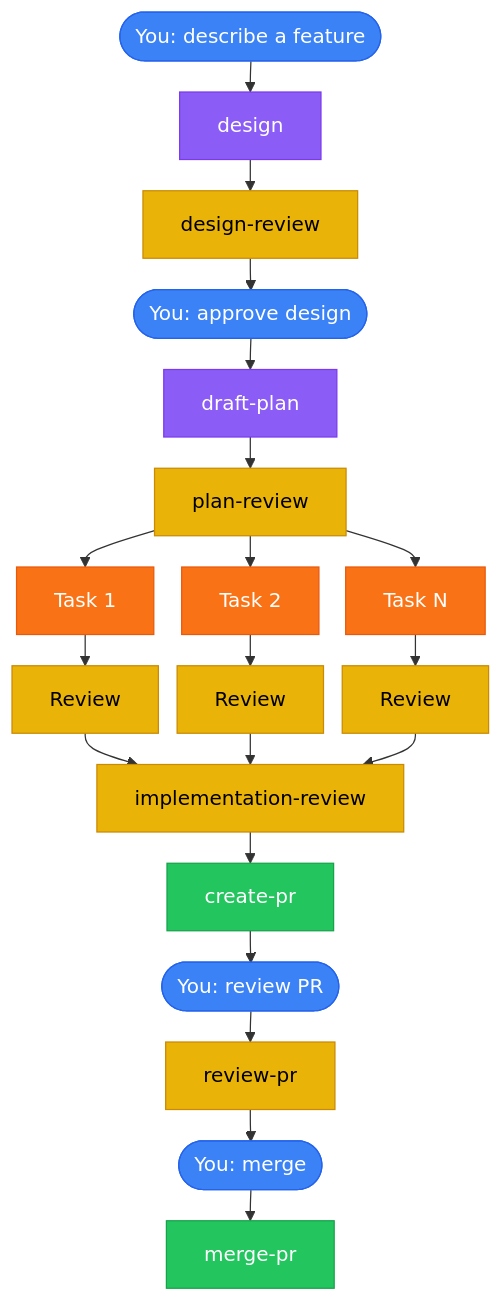
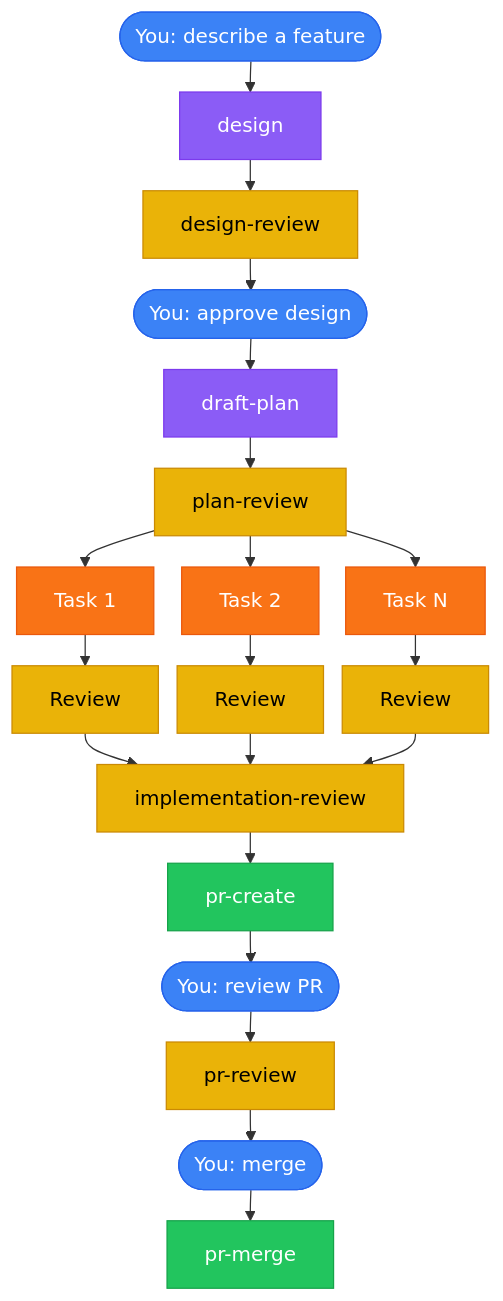
One commit to nikhilsitaram/claude-caliper changed the diagram in README.md. Above: the diagram before and after it, drawn with Mermaid. The commit also changed other lines of this file and 3 other files, not shown here.

````diff
--- a/README.md
+++ b/README.md
@@ -62,43 +62,43 @@
 ```mermaid
 %%{init: {'flowchart': {'nodeSpacing': 15, 'rankSpacing': 25}}}%%
 flowchart TD
     A([You: describe a feature]) --> B[design]
     B --> BR[design-review]
     BR --> C([You: approve design])
     C --> D[draft-plan]
     D --> DR[plan-review]
 
     DR --> T1[Task 1]
     DR --> T2[Task 2]
     DR --> TN[Task N]
 
     T1 --> R1[Review]
     T2 --> R2[Review]
     TN --> RN[Review]
 
     R1 & R2 & RN --> IR[implementation-review]
-    IR --> S[create-pr]
+    IR --> S[pr-create]
     S --> M([You: review PR])
-    M --> MR[review-pr]
+    M --> MR[pr-review]
     MR --> MP([You: merge])
-    MP --> MG[merge-pr]
+    MP --> MG[pr-merge]
 
     style A    fill:#3b82f6,stroke:#2563eb,color:#fff
     style B    fill:#8b5cf6,stroke:#7c3aed,color:#fff
     style BR   fill:#eab308,stroke:#ca8a04,color:#000
     style C    fill:#3b82f6,stroke:#2563eb,color:#fff
     style D    fill:#8b5cf6,stroke:#7c3aed,color:#fff
     style DR   fill:#eab308,stroke:#ca8a04,color:#000
     style T1   fill:#f97316,stroke:#ea580c,color:#fff
     style T2   fill:#f97316,stroke:#ea580c,color:#fff
     style TN   fill:#f97316,stroke:#ea580c,color:#fff
     style R1   fill:#eab308,stroke:#ca8a04,color:#000
     style R2   fill:#eab308,stroke:#ca8a04,color:#000
     style RN   fill:#eab308,stroke:#ca8a04,color:#000
     style IR   fill:#eab308,stroke:#ca8a04,color:#000
     style S    fill:#22c55e,stroke:#16a34a,color:#fff
     style M    fill:#3b82f6,stroke:#2563eb,color:#fff
     style MR   fill:#eab308,stroke:#ca8a04,color:#000
     style MP   fill:#3b82f6,stroke:#2563eb,color:#fff
     style MG   fill:#22c55e,stroke:#16a34a,color:#fff
 ```
````
